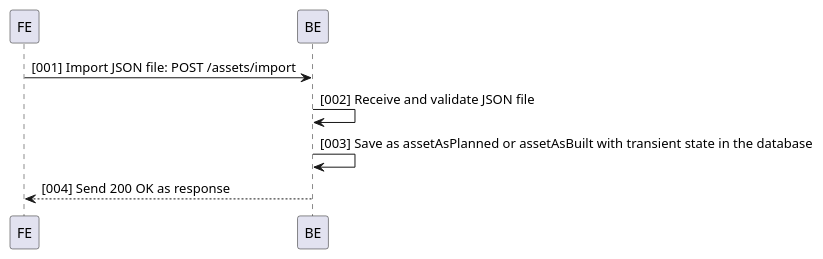
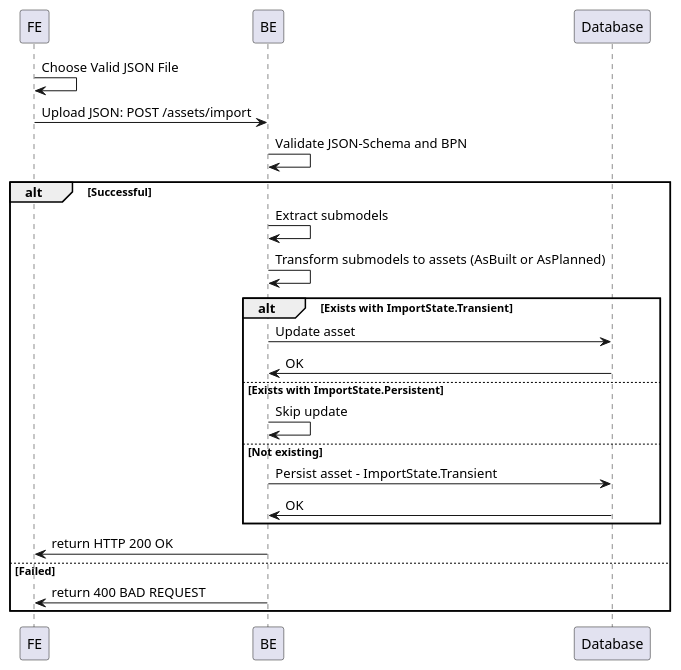
The diagram in docs/src/uml-diagrams/arc42/trace-x-data-import-interface/trace-x-data-import-interface-modul1-sequence.puml (eclipse-tractusx/traceability-foss), drawn with PlantUML before and after one commit.

Commit message:
doc(modul1):XXX updated sequence diagram

```diff
--- a/docs/src/uml-diagrams/arc42/trace-x-data-import-interface/trace-x-data-import-interface-modul1-sequence.puml
+++ b/docs/src/uml-diagrams/arc42/trace-x-data-import-interface/trace-x-data-import-interface-modul1-sequence.puml
@@ -1,9 +1,29 @@
 @startuml
 participant FE
 participant BE
+participant Database
 
-FE -> BE: [001] Import JSON file: POST /assets/import
-BE -> BE: [002] Receive and validate JSON file
-BE -> BE: [003] Save as assetAsPlanned or assetAsBuilt with transient state in the database
-BE --> FE: [004] Send 200 OK as response
+FE -> FE: Choose Valid JSON File
+FE -> BE: Upload JSON: POST /assets/import
+BE -> BE: Validate JSON-Schema and BPN
+alt Successful
+BE -> BE: Extract submodels
+BE -> BE: Transform submodels to assets (AsBuilt or AsPlanned)
+alt Exists with ImportState.Transient
+BE -> Database: Update asset
+Database -> BE: OK
+else Exists with ImportState.Persistent
+    BE -> BE: Skip update
+else Not existing
+    BE -> Database: Persist asset - ImportState.Transient
+    Database -> BE: OK
+end
+BE -> FE: return HTTP 200 OK
+else Failed
+    BE -> FE: return 400 BAD REQUEST
+end
+
+
+
+
 @enduml
```
